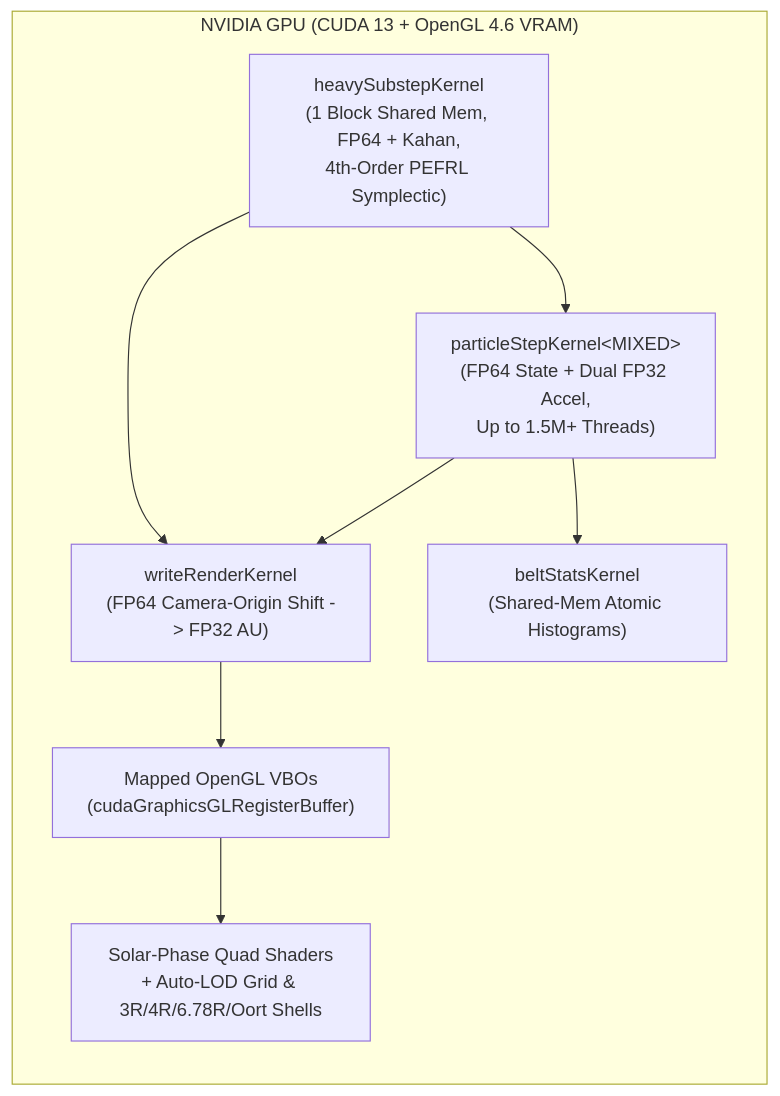
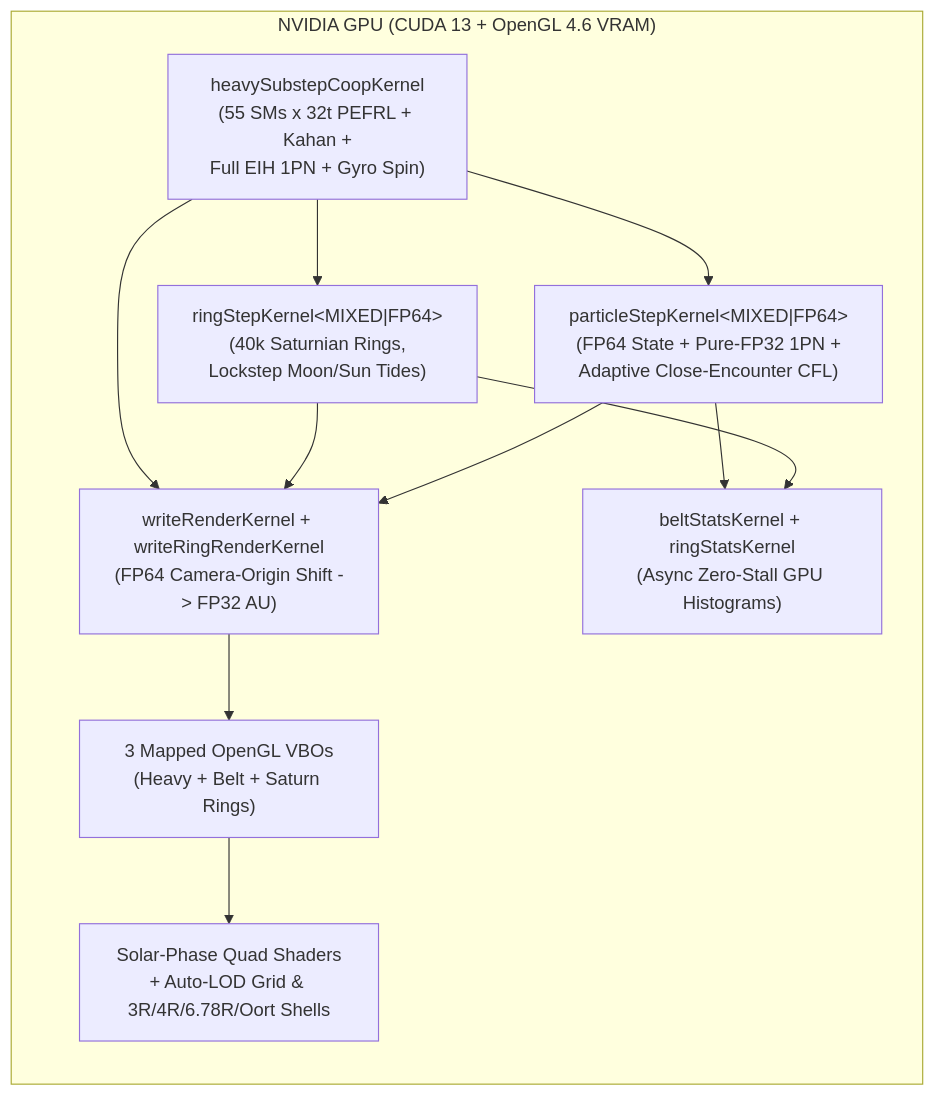
One commit to LoopBreacher/substrate_3d_n-body_sim changed the diagram in README.md. Above: the diagram before and after it, drawn with Mermaid. The commit also changed other lines of this file and 17 other files, not shown here.

````diff
--- a/README.md
+++ b/README.md
@@ -296,17 +326,21 @@
 ```mermaid
 flowchart LR
     subgraph GPU["NVIDIA GPU (CUDA 13 + OpenGL 4.6 VRAM)"]
-        H["heavySubstepKernel<br/>(1 Block Shared Mem, FP64 + Kahan,<br/>4th-Order PEFRL Symplectic)"]
-        P["particleStepKernel&lt;MIXED&gt;<br/>(FP64 State + Dual FP32 Accel,<br/>Up to 1.5M+ Threads)"]
-        W["writeRenderKernel<br/>(FP64 Camera-Origin Shift -> FP32 AU)"]
-        VBO["Mapped OpenGL VBOs<br/>(cudaGraphicsGLRegisterBuffer)"]
+        H["heavySubstepCoopKernel<br/>(55 SMs x 32t PEFRL + Kahan +<br/>Full EIH 1PN + Gyro Spin)"]
+        SR["ringStepKernel&lt;MIXED|FP64&gt;<br/>(40k Saturnian Rings,<br/>Lockstep Moon/Sun Tides)"]
+        P["particleStepKernel&lt;MIXED|FP64&gt;<br/>(FP64 State + Pure-FP32 1PN +<br/>Adaptive Close-Encounter CFL)"]
+        W["writeRenderKernel + writeRingRenderKernel<br/>(FP64 Camera-Origin Shift -> FP32 AU)"]
+        VBO["3 Mapped OpenGL VBOs<br/>(Heavy + Belt + Saturn Rings)"]
         R["Solar-Phase Quad Shaders<br/>+ Auto-LOD Grid &amp; 3R/4R/6.78R/Oort Shells"]
-        B["beltStatsKernel<br/>(Shared-Mem Atomic Histograms)"]
+        B["beltStatsKernel + ringStatsKernel<br/>(Async Zero-Stall GPU Histograms)"]
     end
 
+    H --> SR
     H --> P
     H --> W
+    SR --> W
     P --> W
     W --> VBO --> R
     P --> B
+    SR --> B
 ```
````
